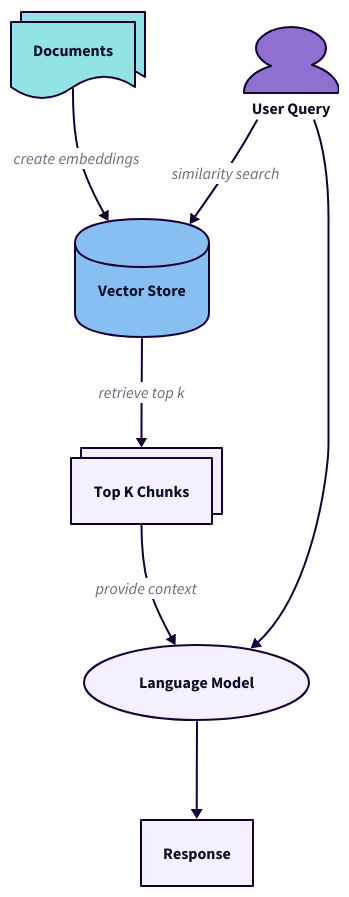
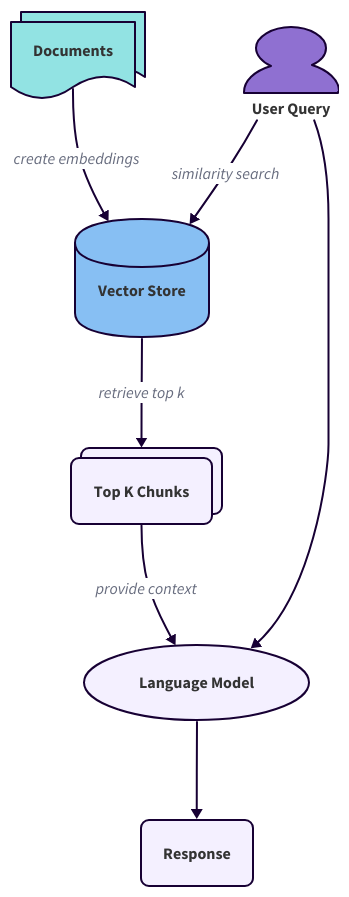
Before and after one commit to gautamnaik1994/LLM_Fine_Tuning_Basic: the diagram in blog/diagrams/rag.d2, drawn with D2. The commit also changed 4 other files, not shown here.

Commit message:
docs: Refine fine-tuning notebook execution counts, clarify blog post explanations, and update D2 diagram styling.

```diff
--- a/blog/diagrams/rag.d2
+++ b/blog/diagrams/rag.d2
@@ -1,37 +1,39 @@
 direction: down
 vars: {
   d2-config: {
     theme-id: 7
   }
 }
 
+**.style.border-radius: 8
+**.style.font-color: "#333"
 vector_store: "Vector Store" {
   shape: cylinder
 }
 
 documents: "Documents" {
   shape: document
   style: {
     multiple: true
   }
 }
 
 user_query: "User Query" {
   shape: person
 }
 llm: "Language Model" {
   shape: oval
 }
 top_k_chunks: "Top K Chunks" {
   style: {
     multiple: true
   }
 }
 response: "Response"
 
 top_k_chunks -> llm: provide context
 documents -> vector_store: create embeddings
 vector_store -> top_k_chunks: retrieve top k
 user_query -> vector_store: similarity search
 user_query -> llm
 llm -> response
```
